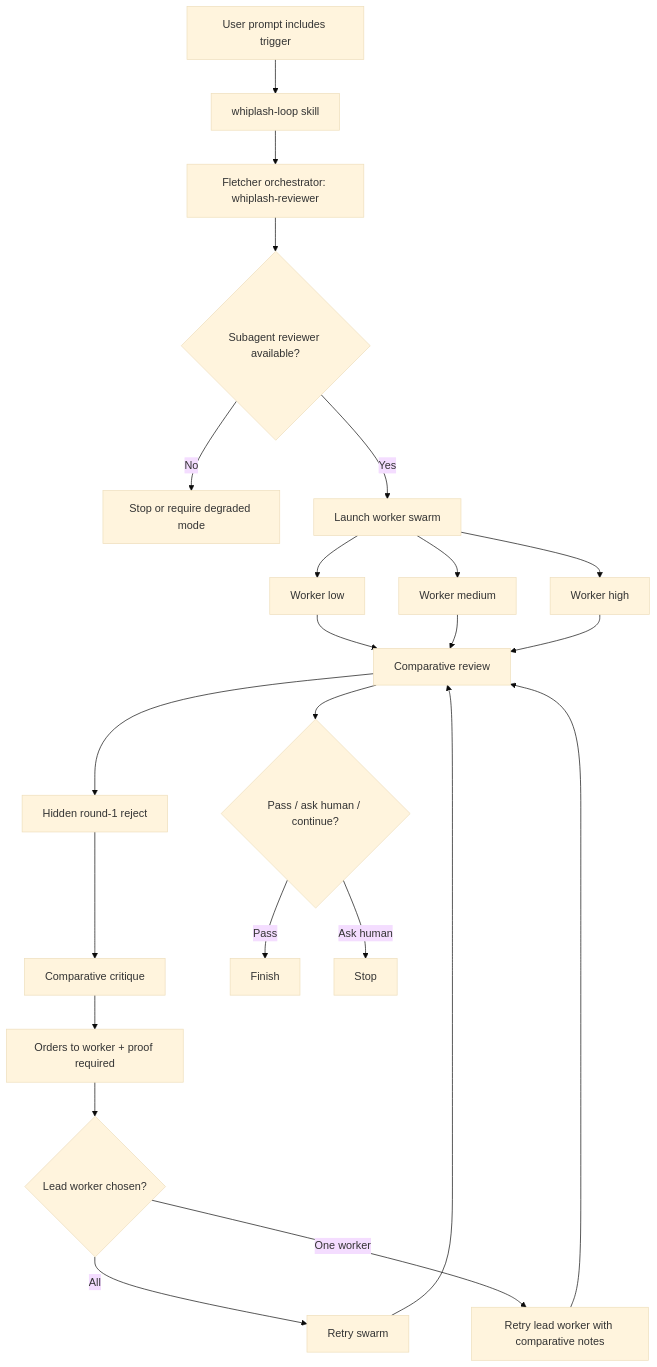
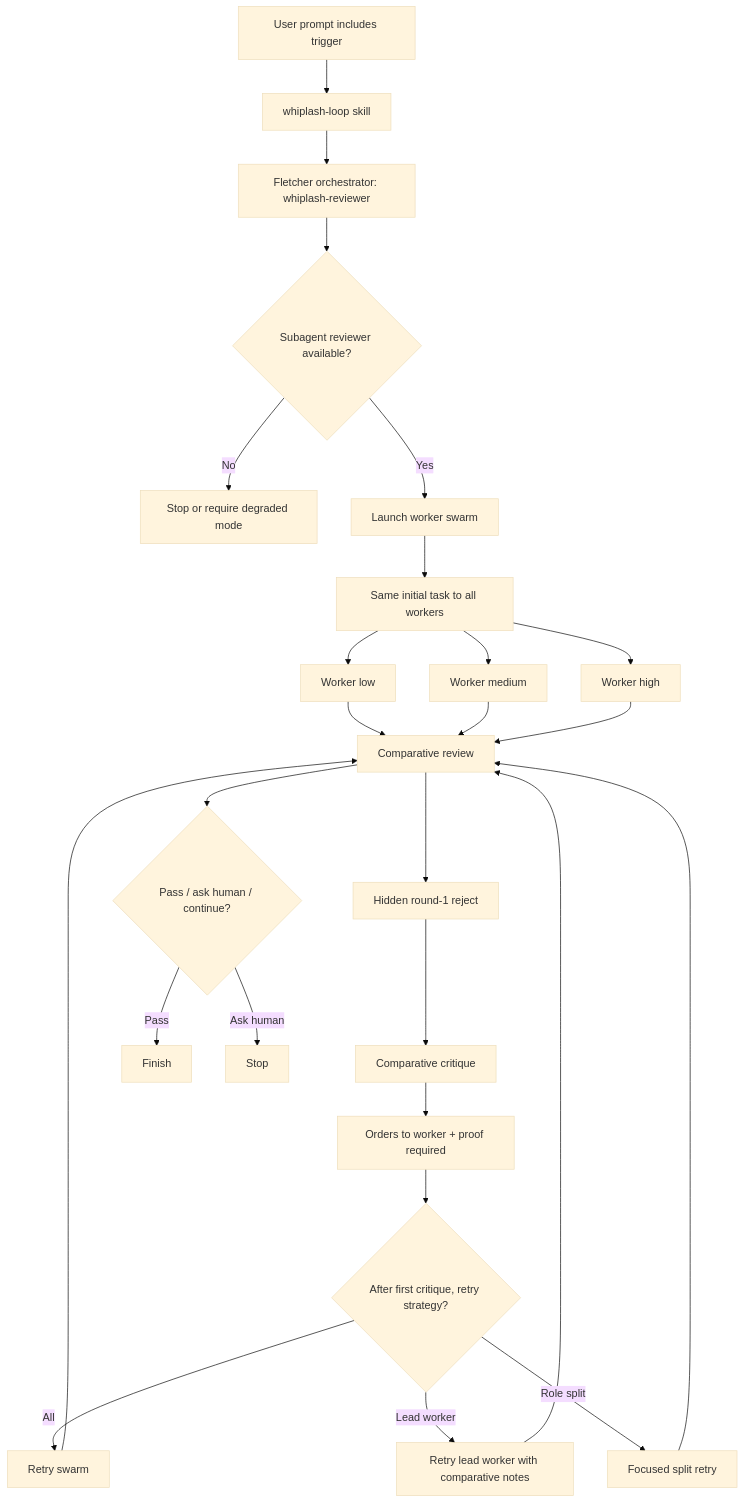
Before and after one commit to tteggu87/whiplash-loop: the second of 2 diagrams in README.md, drawn with Mermaid (base theme). The commit also changed other lines of this file and 3 other files, not shown here.

Commit message:
Enforce same-task round one in whiplash loop

````diff
--- a/README.md
+++ b/README.md
@@ -52,25 +54,28 @@
 ```mermaid
 flowchart TD
     A["User prompt includes trigger"] --> B["whiplash-loop skill"]
     B --> C["Fletcher orchestrator: whiplash-reviewer"]
     C --> D{"Subagent reviewer available?"}
     D -->|No| E["Stop or require degraded mode"]
     D -->|Yes| F["Launch worker swarm"]
-    F --> G1["Worker low"]
-    F --> G2["Worker medium"]
-    F --> G3["Worker high"]
+    F --> G0["Same initial task to all workers"]
+    G0 --> G1["Worker low"]
+    G0 --> G2["Worker medium"]
+    G0 --> G3["Worker high"]
     G1 --> H["Comparative review"]
     G2 --> H
     G3 --> H
     H --> I["Hidden round-1 reject"]
     I --> J["Comparative critique"]
     J --> K["Orders to worker + proof required"]
-    K --> L{"Lead worker chosen?"}
+    K --> L{"After first critique, retry strategy?"}
     L -->|All| M["Retry swarm"]
-    L -->|One worker| N["Retry lead worker with comparative notes"]
+    L -->|Lead worker| N["Retry lead worker with comparative notes"]
+    L -->|Role split| R["Focused split retry"]
     M --> H
     N --> H
+    R --> H
     H --> O{"Pass / ask human / continue?"}
     O -->|Pass| P["Finish"]
     O -->|Ask human| Q["Stop"]
 ```
````
